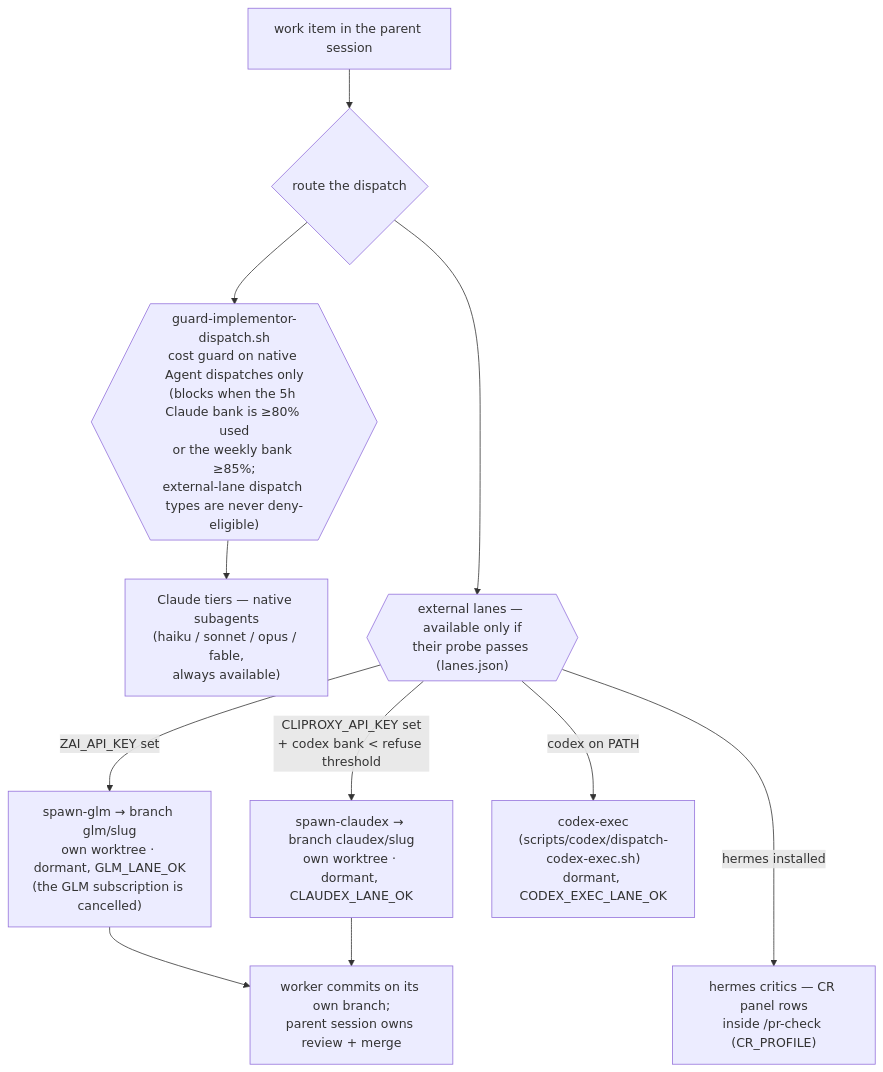
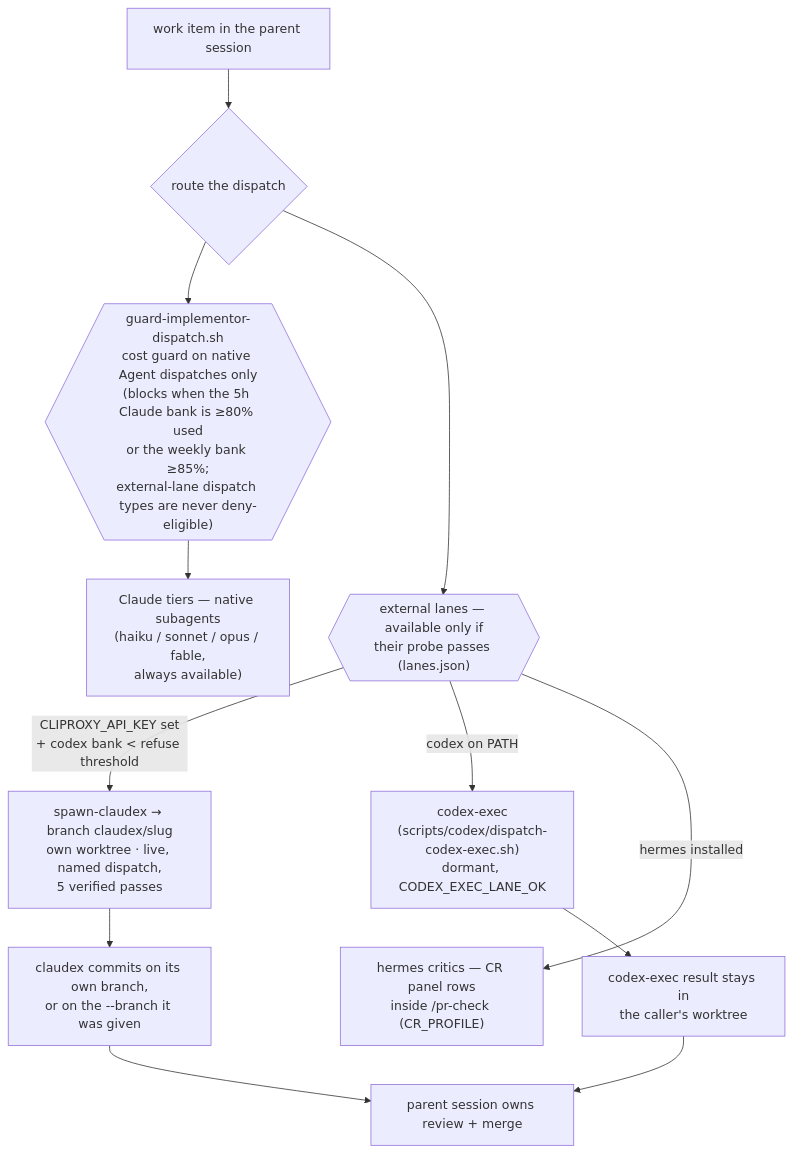
Before and after one commit to Goomal/Himmel: the fourth of 4 diagrams in docs/configuration.md, drawn with Mermaid. The commit also changed other lines of this file and 3 other files, not shown here.

First line of the commit message:
docs: [HIMMEL-7481] configuration, architecture and end-session-wiki name only what is true today (#3938)

````diff
--- a/docs/configuration.md
+++ b/docs/configuration.md
@@ -276,15 +280,16 @@
 ```mermaid
 flowchart TD
     WORK["work item in the parent session"] --> ROUTE{"route the dispatch"}
     ROUTE --> GUARD{{"guard-implementor-dispatch.sh<br/>cost guard on native Agent dispatches only<br/>(blocks when the 5h Claude bank is ≥80% used<br/>or the weekly bank ≥85%;<br/>external-lane dispatch types are never deny-eligible)"}}
     GUARD --> TIER["Claude tiers — native subagents<br/>(haiku / sonnet / opus / fable,<br/>always available)"]
     ROUTE --> EXT{{"external lanes — available only if<br/>their probe passes (lanes.json)"}}
-    EXT -->|"ZAI_API_KEY set"| GLM["spawn-glm → branch glm/slug<br/>own worktree · dormant, GLM_LANE_OK<br/>(the GLM subscription is cancelled)"]
-    EXT -->|"CLIPROXY_API_KEY set<br/>+ codex bank < refuse threshold"| CLX["spawn-claudex → branch claudex/slug<br/>own worktree · dormant, CLAUDEX_LANE_OK"]
+    EXT -->|"CLIPROXY_API_KEY set<br/>+ codex bank < refuse threshold"| CLX["spawn-claudex → branch claudex/slug<br/>own worktree · live, named dispatch,<br/>5 verified passes"]
     EXT -->|"codex on PATH"| CDX["codex-exec<br/>(scripts/codex/dispatch-codex-exec.sh)<br/>dormant, CODEX_EXEC_LANE_OK"]
     EXT -->|"hermes installed"| HRM["hermes critics — CR panel rows<br/>inside /pr-check (CR_PROFILE)"]
     CDX ~~~ HRM
     GUARD ~~~ EXT
-    GLM --> BACK["worker commits on its own branch;<br/>parent session owns review + merge"]
-    CLX --> BACK
+    CLX --> CLXBACK["claudex commits on its own branch,<br/>or on the --branch it was given"]
+    CDX --> CDXBACK["codex-exec result stays in<br/>the caller's worktree"]
+    CLXBACK --> BACK["parent session owns review + merge"]
+    CDXBACK --> BACK
 ```
````
